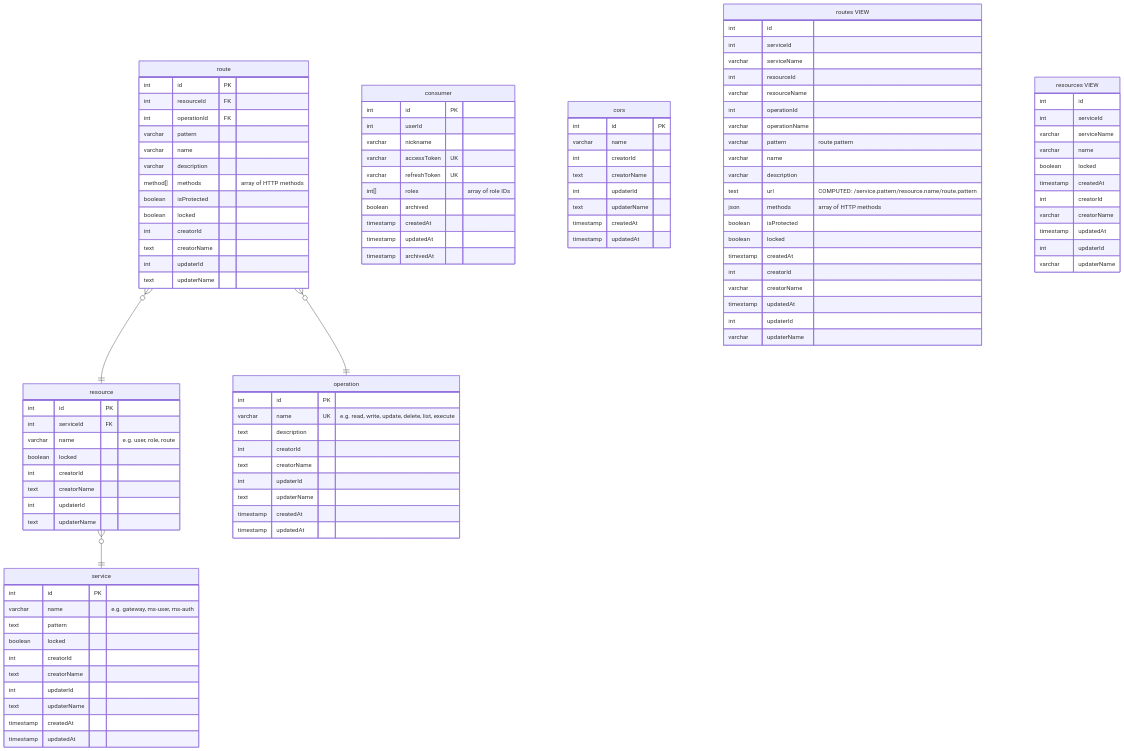
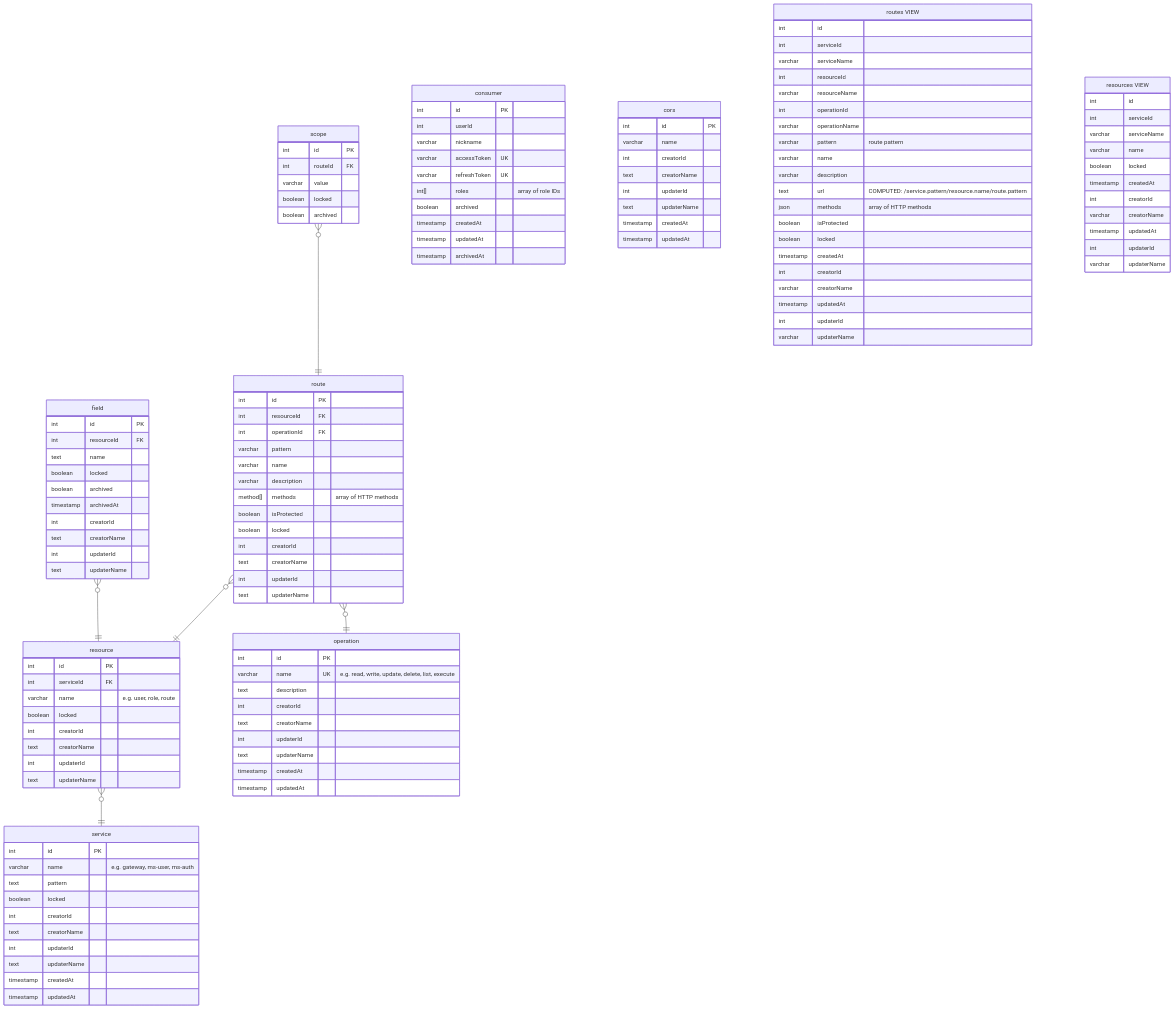
The diagram in doc/erd.md (ALTEN-group/Gatelin), drawn with Mermaid before and after one commit. The commit also changed 17 other files, not shown here.

````diff
--- a/doc/erd.md
+++ b/doc/erd.md
@@ -10,6 +10,8 @@
   route }o--|| resource : ""
   resource }o--|| service : ""
   route }o--|| operation : ""
+  field }o--|| resource : ""
+  scope }o--|| route : ""
   consumer {
     int id PK
     int userId
@@ -123,4 +125,25 @@
     timestamp updatedAt
   }
 
+  field {
+    int id PK
+    int resourceId FK
+    text name
+    boolean locked
+    boolean archived
+    timestamp archivedAt
+    int creatorId
+    text creatorName
+    int updaterId
+    text updaterName
+  }
+
+  scope {
+    int id PK
+    int routeId FK
+    varchar value
+    boolean locked
+    boolean archived
+  }
+
 ```
````
